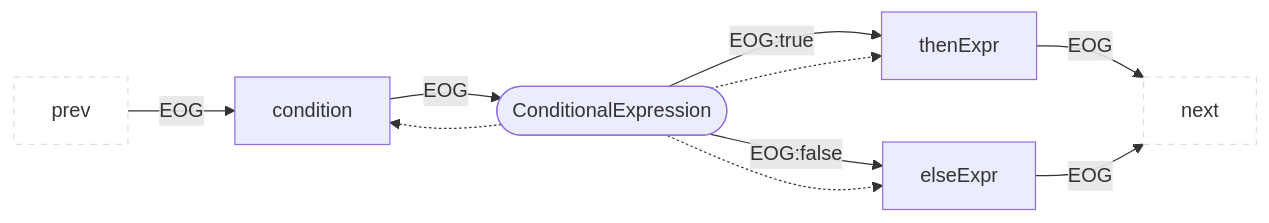
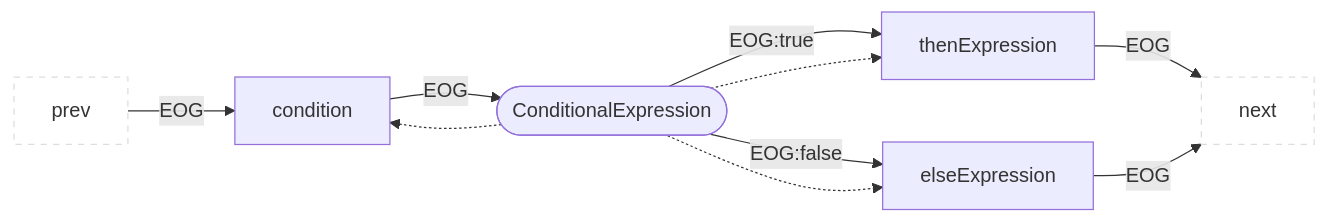
Before and after one commit to Fraunhofer-AISEC/cpg: diagram 32 of 40 in docs/docs/CPG/specs/eog.md, drawn with Mermaid. The commit also changed other lines of this file and 3 other files, not shown here.

````diff
--- a/docs/docs/CPG/specs/eog.md
+++ b/docs/docs/CPG/specs/eog.md
@@ -611,13 +611,13 @@
 ```mermaid
 flowchart LR
   classDef outer fill:#fff,stroke:#ddd,stroke-dasharray:5 5;
   prev:::outer --EOG--> child1["condition"]
   child1 --EOG--> parent(["ConditionalExpression"])
-  parent --EOG:true--> child2["thenExpr"]
-  parent --EOG:false--> child3["elseExpr"]
+  parent --EOG:true--> child2["thenExpression"]
+  parent --EOG:false--> child3["elseExpression"]
   child2 --EOG--> next:::outer
   child3 --EOG--> next:::outer
   parent -.-> child1
   parent -.-> child2
   parent -.-> child3
 ```
````
